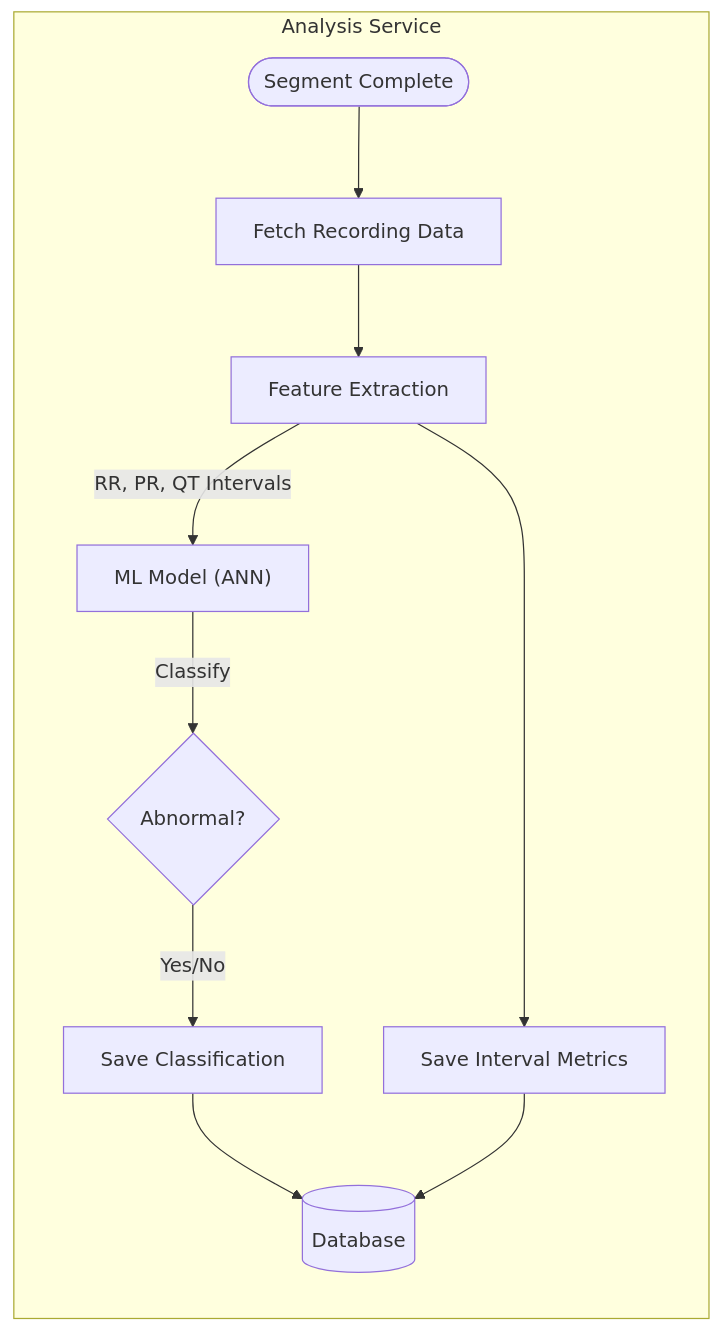
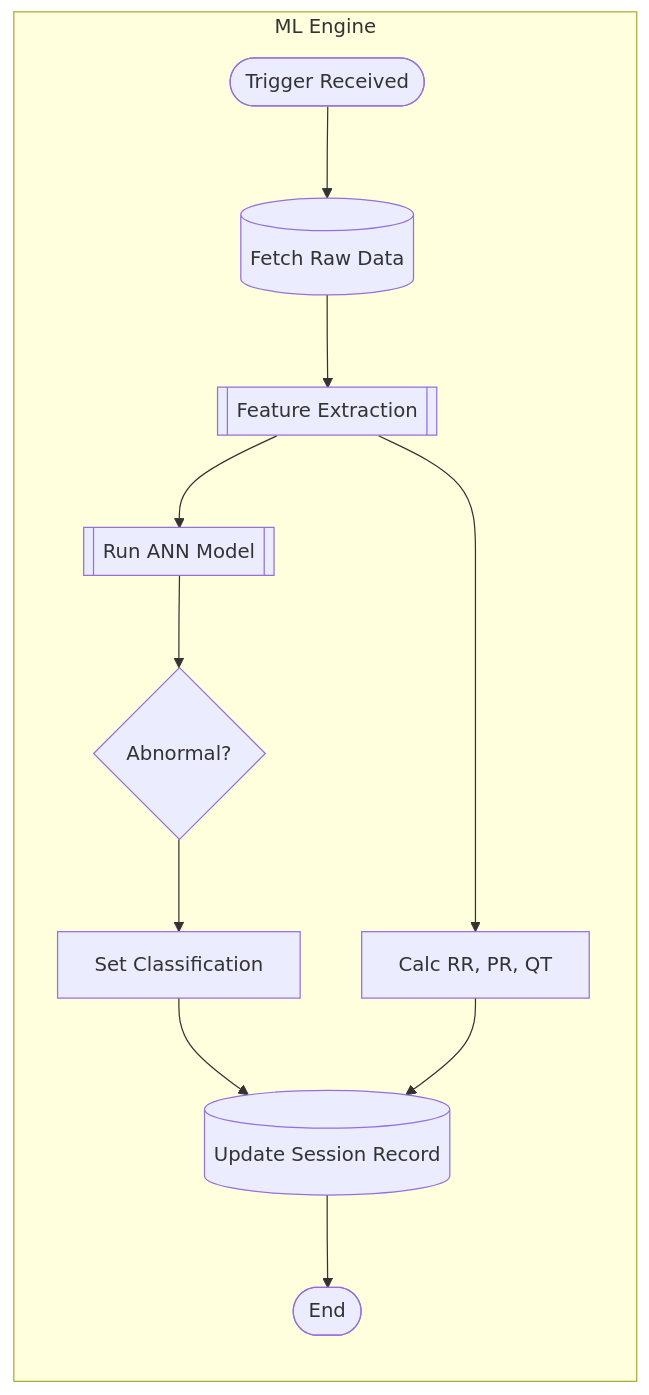
The seventh of 9 diagrams in SYSTEM_FLOWS.md (affanrk/ecg-puskesmas), drawn with Mermaid before and after one commit. The commit also changed other lines of this file, not shown here.

Commit message:
Update System Flow

````diff
--- a/SYSTEM_FLOWS.md
+++ b/SYSTEM_FLOWS.md
@@ -161,16 +183,17 @@
 ```mermaid
 flowchart LR
-    subgraph Service [Analysis Service]
-        Trigger([Segment Complete]) --> FetchData[Fetch Recording Data]
-        FetchData --> FeatExt[Feature Extraction]
-        FeatExt -->|RR, PR, QT Intervals| MLModel["ML Model (ANN)"]
+    subgraph Analysis_Service [ML Engine]
+        StartML([Trigger Received]) --> FetchRaw[(Fetch Raw Data)]
+        FetchRaw --> FeatExt[[Feature Extraction]]
         
-        MLModel -->|Classify| Result{"Abnormal?"}
-        Result -->|Yes/No| SaveRes[Save Classification]
+        FeatExt --> CalcMet[Calc RR, PR, QT]
+        FeatExt --> RunModel[[Run ANN Model]]
         
-        FeatExt --> SaveMetrics[Save Interval Metrics]
+        RunModel --> Classify{"Abnormal?"}
+        Classify --> Result[Set Classification]
         
-        SaveRes --> UpdateDB[(Database)]
-        SaveMetrics --> UpdateDB
+        Result --> SaveRes[(Update Session Record)]
+        CalcMet --> SaveRes
+        SaveRes --> EndML([End])
     end
 ```
````
